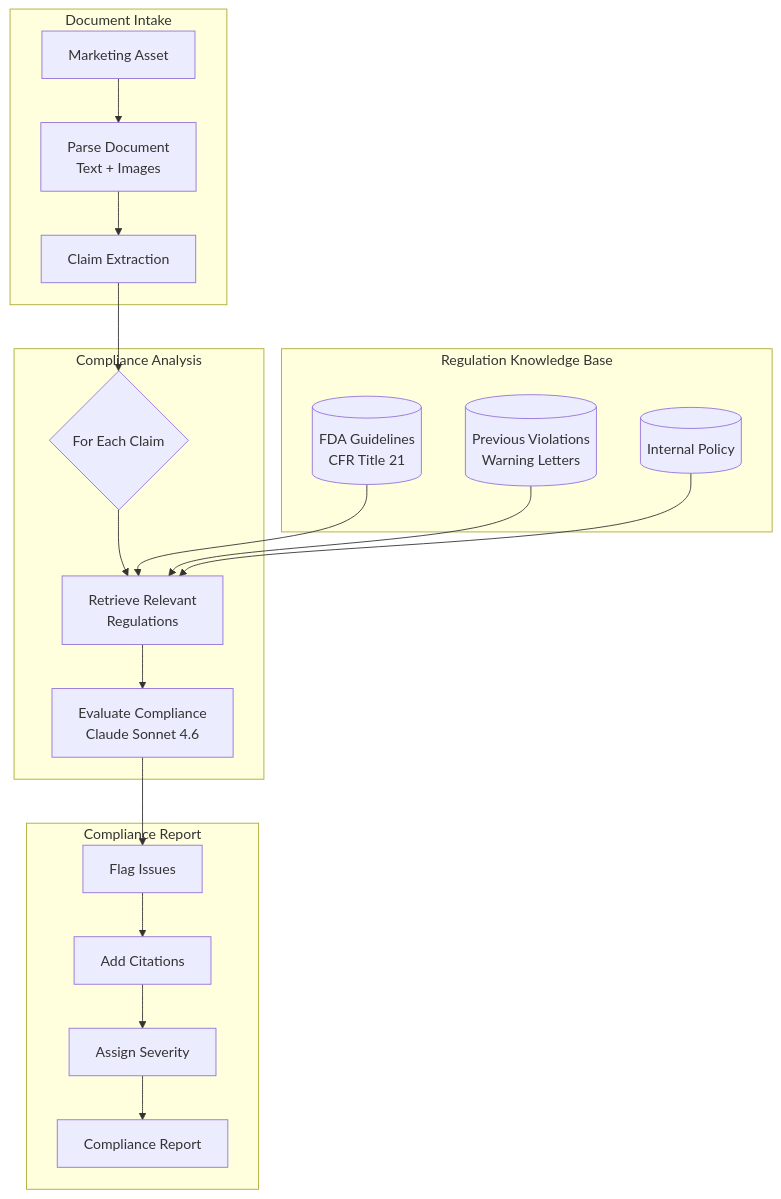
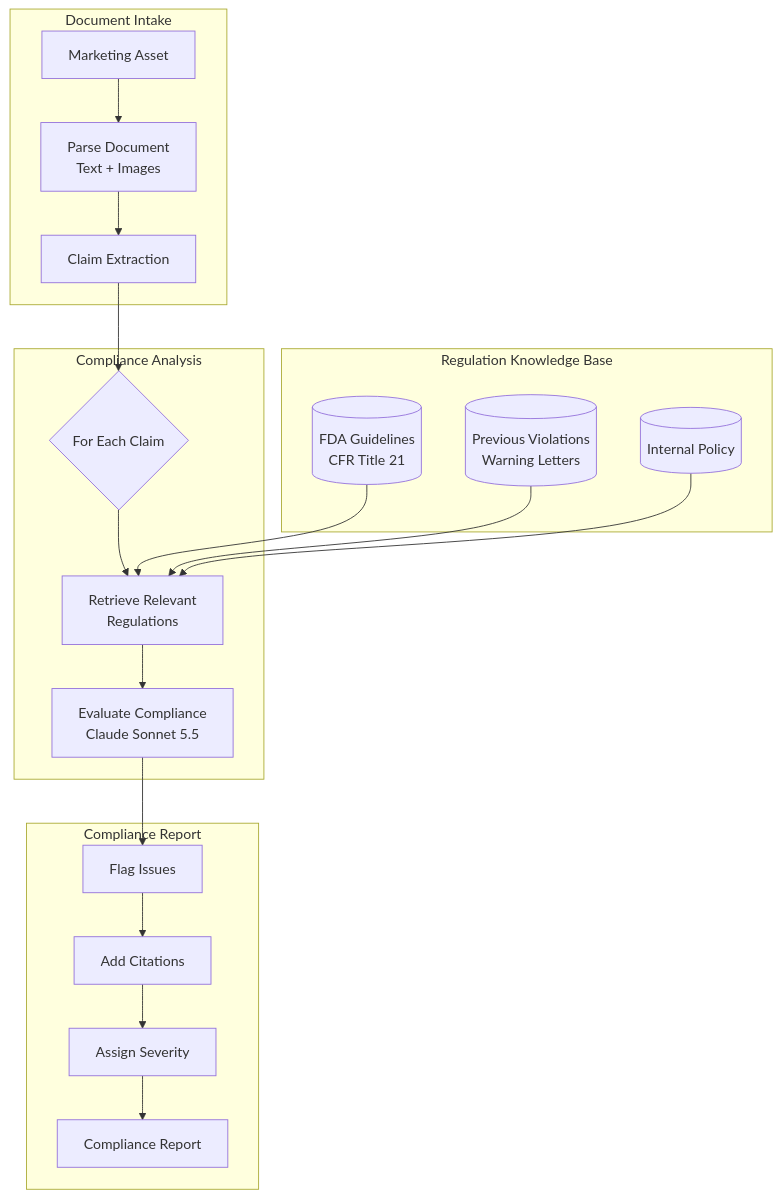
One commit to ChiHoc/ai-system-design-guide-zh changed the first of 3 diagrams in 16-case-studies/12-compliance-automation.md. Above: the diagram before and after it, drawn with Mermaid. The commit also changed other lines of this file and 149 other files, not shown here.

````diff
--- a/16-case-studies/12-compliance-automation.md
+++ b/16-case-studies/12-compliance-automation.md
@@ -24,29 +24,29 @@
 ```mermaid
 flowchart TB
     subgraph Intake["Document Intake"]
         DOC[Marketing Asset] --> PARSE[Parse Document<br/>Text + Images]
         PARSE --> CLAIMS[Claim Extraction]
     end
 
     subgraph Regulations["Regulation Knowledge Base"]
         FDA[(FDA Guidelines<br/>CFR Title 21)]
         PRECEDENT[(Previous Violations<br/>Warning Letters)]
         INTERNAL[(Internal Policy)]
     end
 
     subgraph Analysis["Compliance Analysis"]
         CLAIMS --> CHECK{For Each Claim}
         CHECK --> RETRIEVE[Retrieve Relevant<br/>Regulations]
         FDA --> RETRIEVE
         PRECEDENT --> RETRIEVE
         INTERNAL --> RETRIEVE
-        RETRIEVE --> EVALUATE[Evaluate Compliance<br/>Claude Sonnet 4.6]
+        RETRIEVE --> EVALUATE[Evaluate Compliance<br/>Claude Sonnet 5.5]
     end
 
     subgraph Output["Compliance Report"]
         EVALUATE --> ISSUES[Flag Issues]
         ISSUES --> CITE[Add Citations]
         CITE --> SEVERITY[Assign Severity]
         SEVERITY --> REPORT[Compliance Report]
     end
 ```
````
